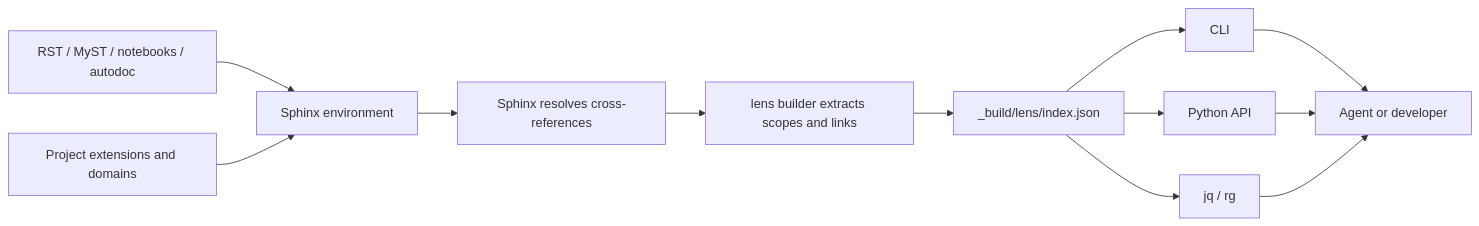
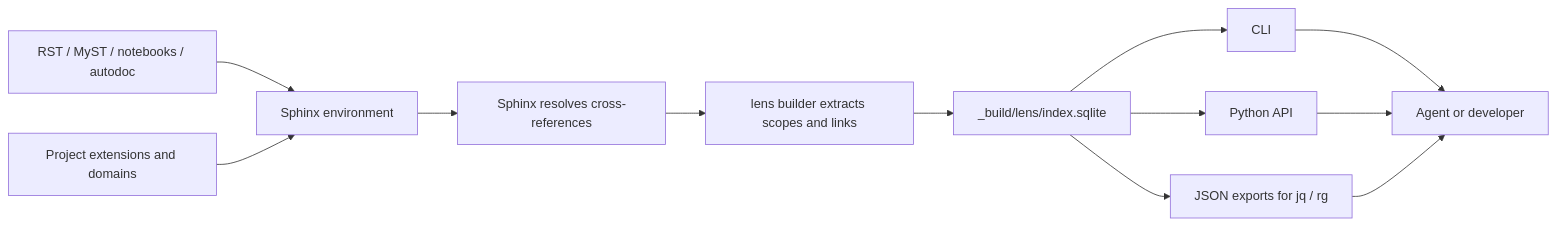
Before and after one commit to mgaitan/sphinx-lens: the first of 2 diagrams in docs/design.md, drawn with Mermaid. The commit also changed other lines of this file and 15 other files, not shown here.

Commit message:
Replace JSON index with SQLite FTS5 prototype

````diff
--- a/docs/design.md
+++ b/docs/design.md
@@ -17,14 +17,14 @@
 ```{mermaid}
 flowchart LR
     A["RST / MyST / notebooks / autodoc"] --> B["Sphinx environment"]
     C["Project extensions and domains"] --> B
     B --> D["Sphinx resolves cross-references"]
     D --> E["lens builder extracts scopes and links"]
-    E --> J["_build/lens/index.json"]
+    E --> J["_build/lens/index.sqlite"]
     J --> F["CLI"]
     J --> G["Python API"]
-    J --> H["jq / rg"]
+    J --> H["JSON exports for jq / rg"]
     F --> I["Agent or developer"]
     G --> I
     H --> I
 ```
````
